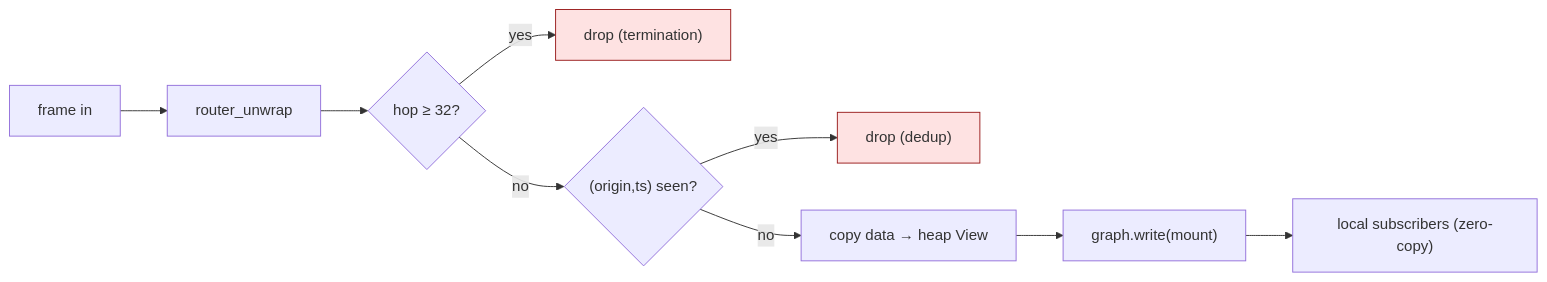
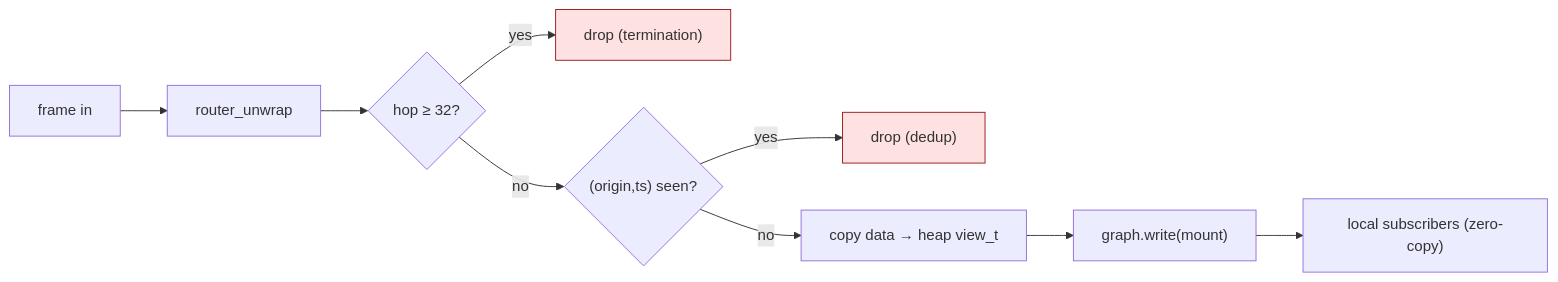
One commit to avatarsd-llc/libtracer changed the diagram in docs/modules/bridge.md. Above: the diagram before and after it, drawn with Mermaid. The commit also changed other lines of this file and 64 other files, not shown here.

````diff
--- a/docs/modules/bridge.md
+++ b/docs/modules/bridge.md
@@ -42,11 +42,11 @@
 ```{mermaid}
 flowchart LR
     F["frame in"] --> U["router_unwrap"]
     U --> H{"hop ≥ 32?"}
     H -- yes --> D1["drop (termination)"]:::x
     H -- no --> S{"(origin,ts) seen?"}
     S -- yes --> D2["drop (dedup)"]:::x
-    S -- no --> C["copy data → heap View"]
+    S -- no --> C["copy data → heap view_t"]
     C --> W["graph.write(mount)"] --> SUB["local subscribers (zero-copy)"]
     classDef x fill:#fee2e2,stroke:#991b1b;
 ```
````
